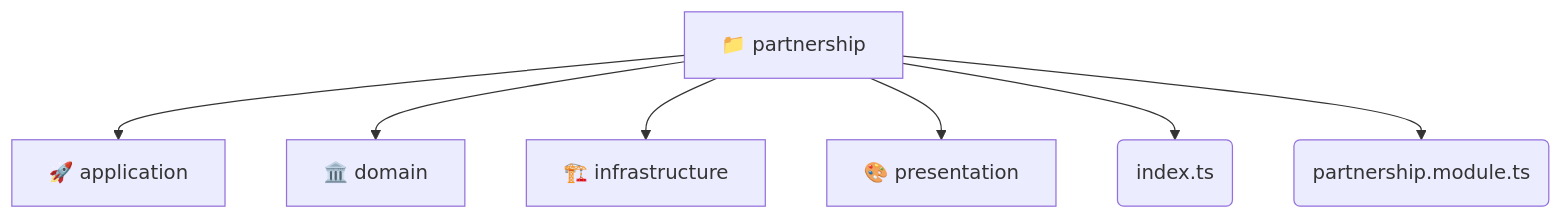
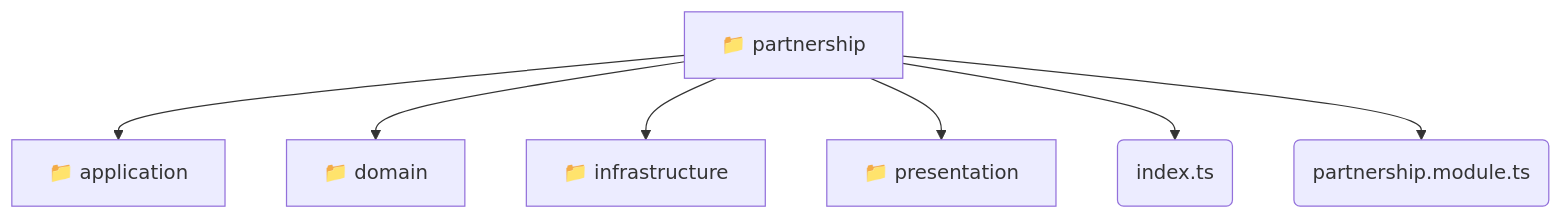
Before and after one commit to beginwebdev2002/fullstack-mavluda: the diagram in backend/src/modules/partnership/README.md, drawn with Mermaid. The commit also changed other lines of this file and 155 other files, not shown here.

````diff
--- a/backend/src/modules/partnership/README.md
+++ b/backend/src/modules/partnership/README.md
@@ -9,10 +9,10 @@
 ```mermaid
 graph TD
   partnership[📁 partnership]
-  partnership --> application[🚀 application]
-  partnership --> domain[🏛️ domain]
-  partnership --> infrastructure[🏗️ infrastructure]
-  partnership --> presentation[🎨 presentation]
-  partnership --> index_ts(index.ts)
-  partnership --> partnership_module_ts(partnership.module.ts)
+  partnership --> partnership_application[📁 application]
+  partnership --> partnership_domain[📁 domain]
+  partnership --> partnership_infrastructure[📁 infrastructure]
+  partnership --> partnership_presentation[📁 presentation]
+  partnership --> partnership_index_ts(index.ts)
+  partnership --> partnership_partnership_module_ts(partnership.module.ts)
 ```
````
